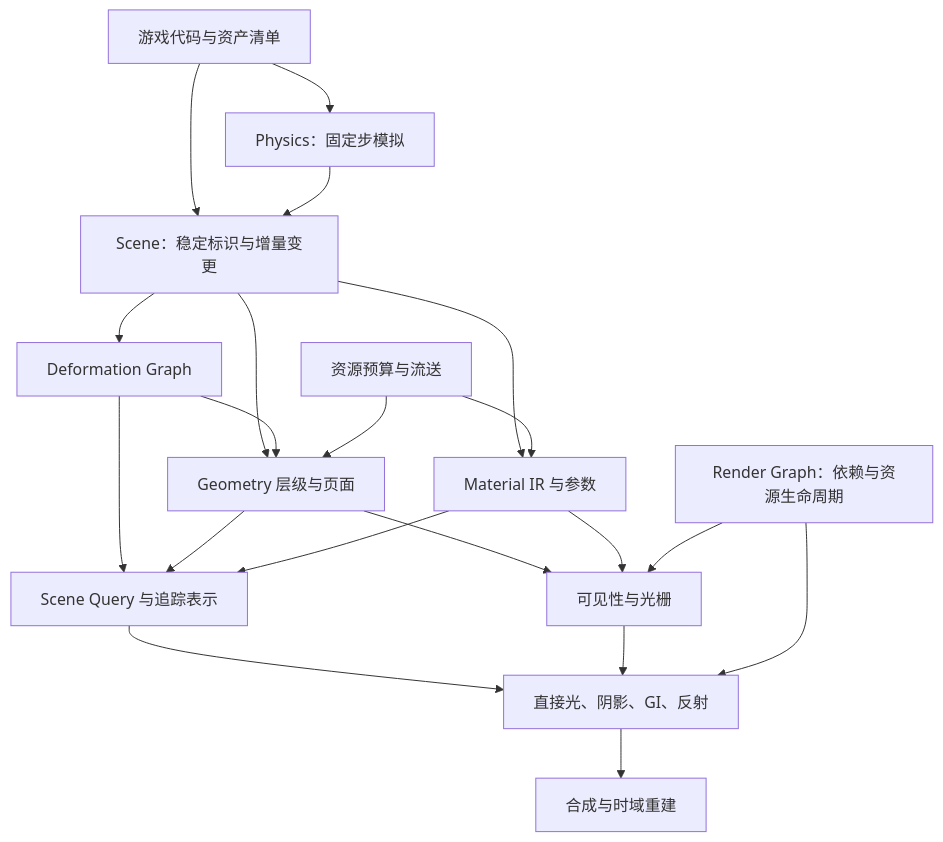
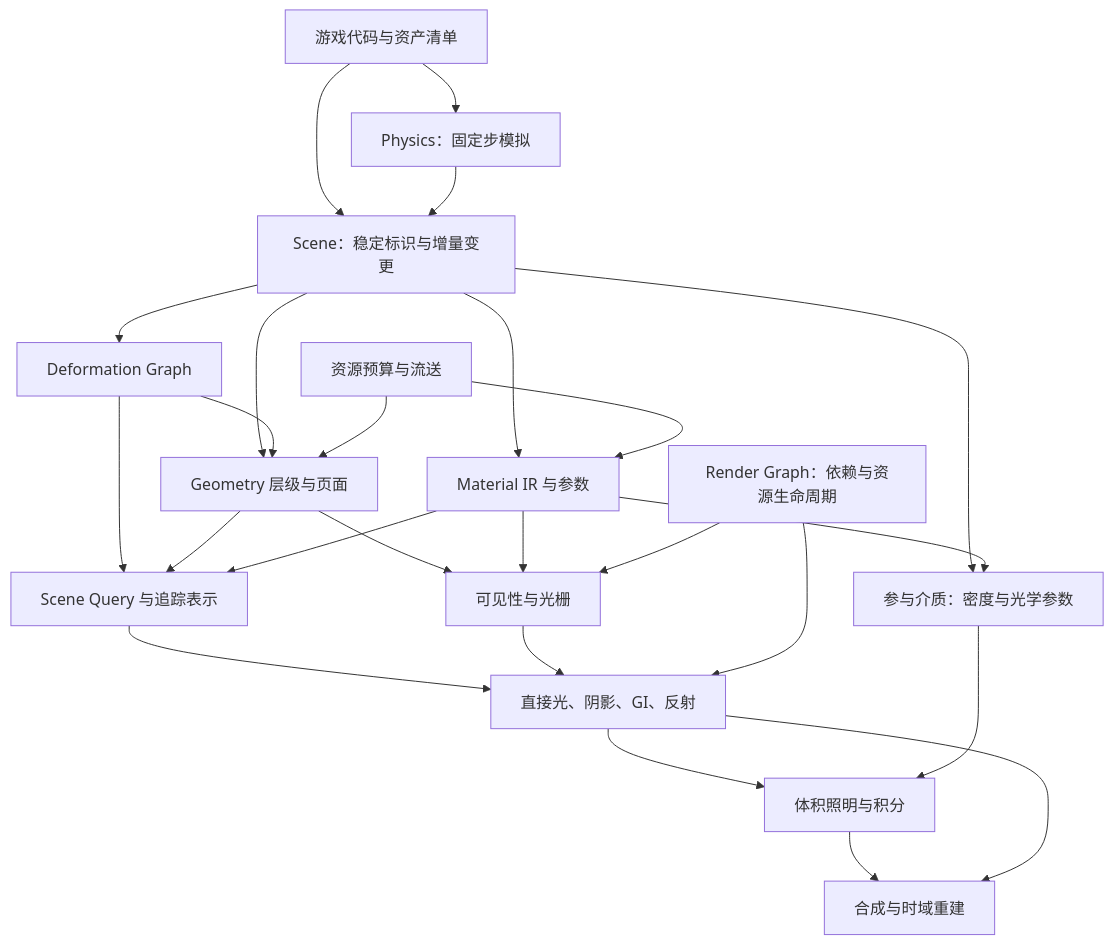
One commit to fomalhautb/real-engine changed the diagram in docs/architecture.md. Above: the diagram before and after it, drawn with Mermaid. The commit also changed other lines of this file and 6 other files, not shown here.

````diff
--- a/docs/architecture.md
+++ b/docs/architecture.md
@@ -15,22 +15,27 @@
 ```mermaid
 flowchart TD
   Game[游戏代码与资产清单] --> Scene[Scene：稳定标识与增量变更]
   Game --> Physics[Physics：固定步模拟]
   Physics --> Scene
   Scene --> Deform[Deformation Graph]
   Scene --> Material[Material IR 与参数]
   Scene --> Geometry[Geometry 层级与页面]
   Deform --> Geometry
   Deform --> Query[Scene Query 与追踪表示]
   Geometry --> Raster[可见性与光栅]
   Geometry --> Query
   Material --> Raster
   Material --> Query
   Query --> Lighting[直接光、阴影、GI、反射]
   Raster --> Lighting
+  Scene --> Media[参与介质：密度与光学参数]
+  Material --> Media
+  Lighting --> Volume[体积照明与积分]
+  Media --> Volume
+  Volume --> Output
   Lighting --> Output[合成与时域重建]
   Resources[资源预算与流送] --> Geometry
   Resources --> Material
   Graph[Render Graph：依赖与资源生命周期] --> Raster
   Graph --> Lighting
 ```
````
